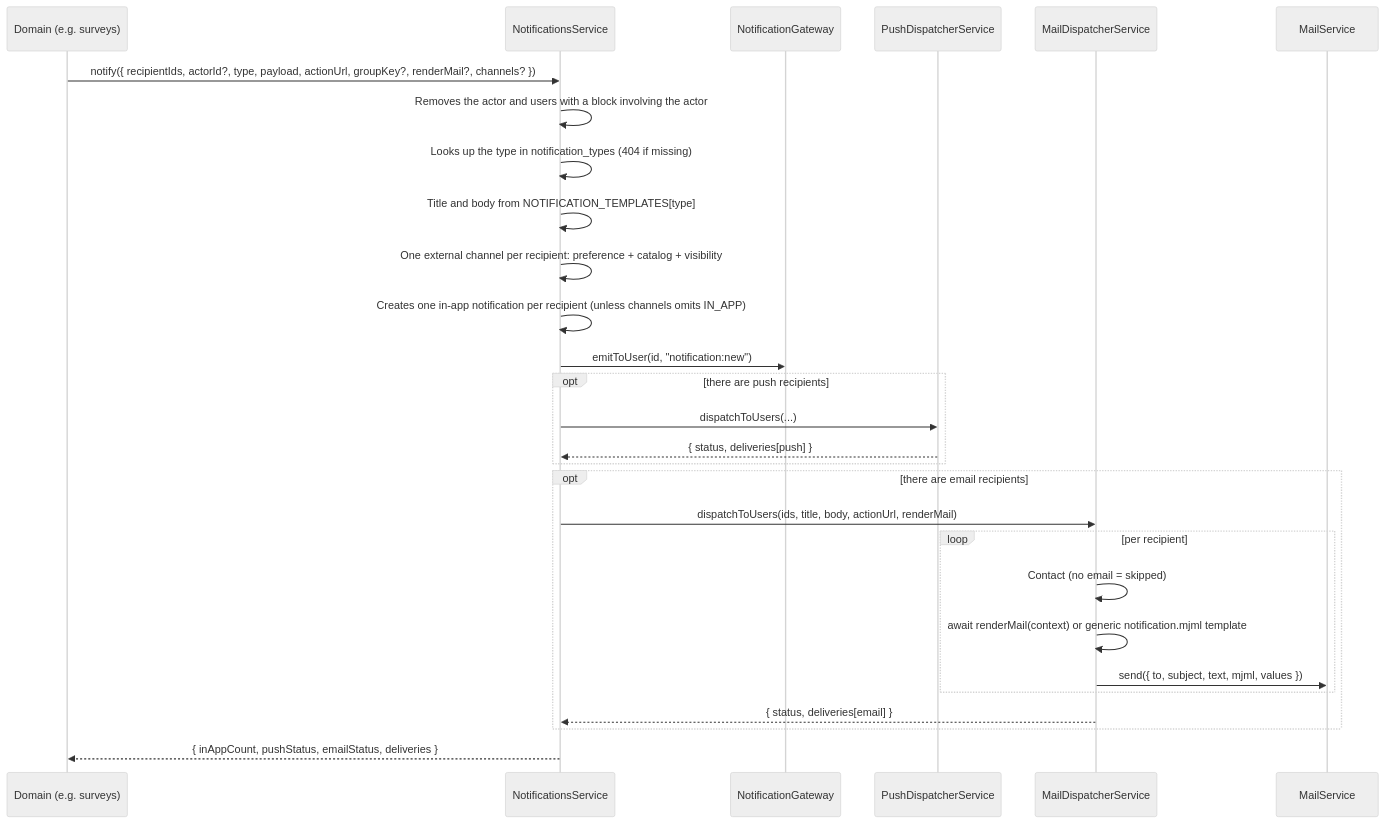
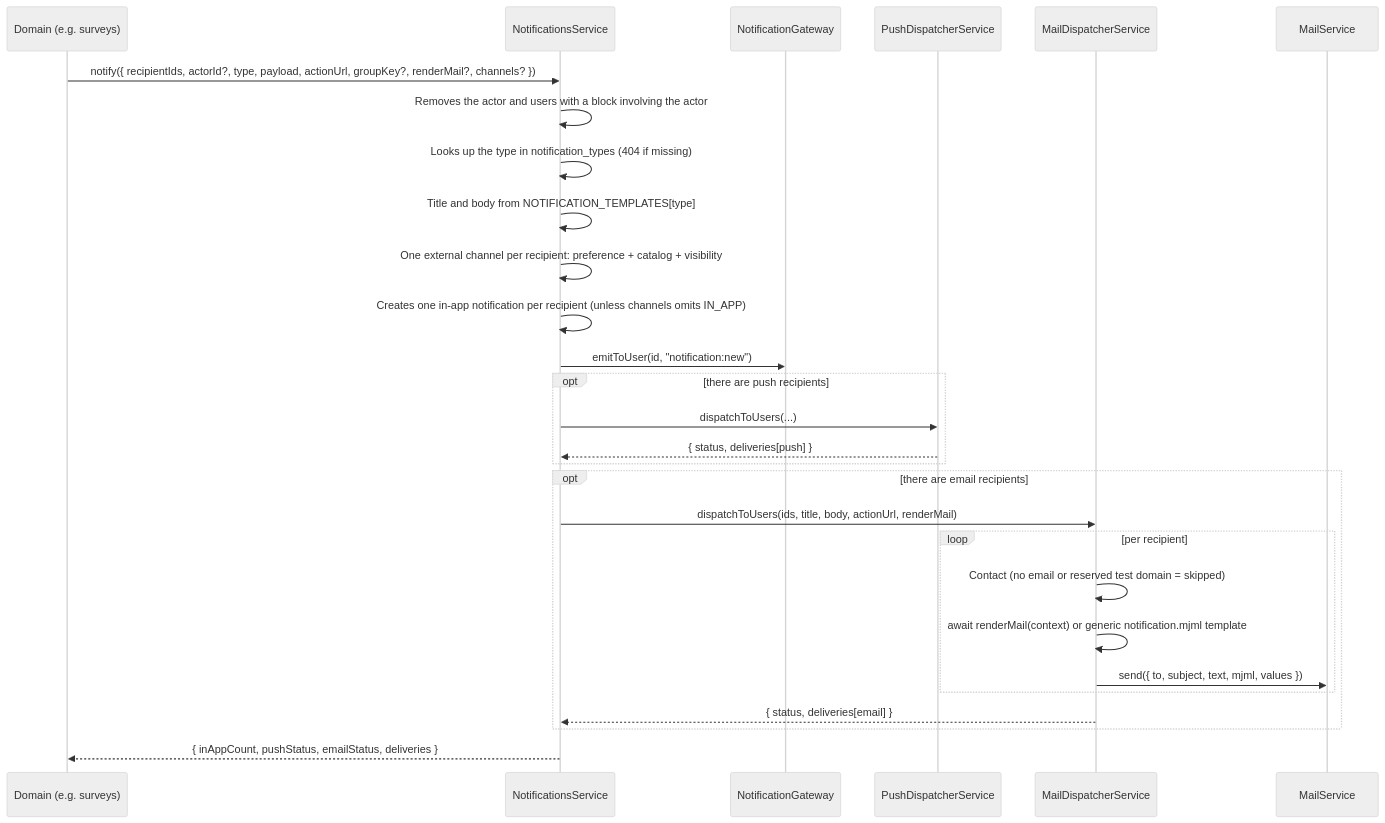
One commit to UMSSY/umssy-app changed the second of 4 diagrams in docs/notifications/README.md. Above: the diagram before and after it, drawn with Mermaid (neutral theme). The commit also changed other lines of this file and 5 other files, not shown here.

Commit message:
fix(backend): skip reserved test email domains in notification emails

````diff
--- a/docs/notifications/README.md
+++ b/docs/notifications/README.md
@@ -44,30 +44,30 @@
 ```mermaid
 sequenceDiagram
   participant D as Domain (e.g. surveys)
   participant N as NotificationsService
   participant G as NotificationGateway
   participant P as PushDispatcherService
   participant M as MailDispatcherService
   participant ML as MailService
   D->>N: notify({ recipientIds, actorId?, type, payload, actionUrl, groupKey?, renderMail?, channels? })
   N->>N: Removes the actor and users with a block involving the actor
   N->>N: Looks up the type in notification_types (404 if missing)
   N->>N: Title and body from NOTIFICATION_TEMPLATES[type]
   N->>N: One external channel per recipient: preference + catalog + visibility
   N->>N: Creates one in-app notification per recipient (unless channels omits IN_APP)
   N->>G: emitToUser(id, "notification:new")
   opt there are push recipients
     N->>P: dispatchToUsers(...)
     P-->>N: { status, deliveries[push] }
   end
   opt there are email recipients
     N->>M: dispatchToUsers(ids, title, body, actionUrl, renderMail)
     loop per recipient
-      M->>M: Contact (no email = skipped)
+      M->>M: Contact (no email or reserved test domain = skipped)
       M->>M: await renderMail(context) or generic notification.mjml template
       M->>ML: send({ to, subject, text, mjml, values })
     end
     M-->>N: { status, deliveries[email] }
   end
   N-->>D: { inAppCount, pushStatus, emailStatus, deliveries }
 ```
````
